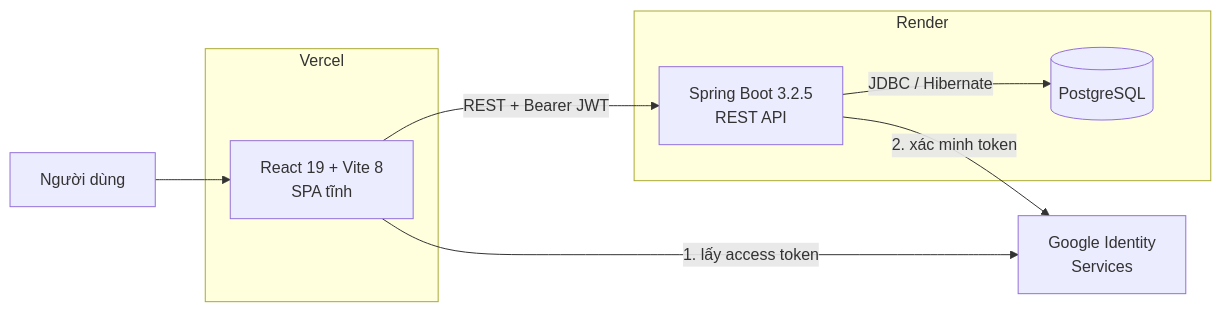
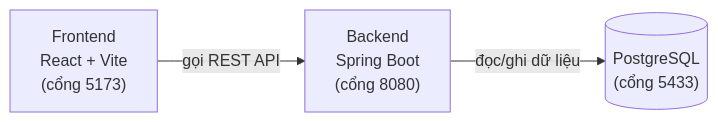
Before and after one commit to hoanggducwsishere/Orchid-WebApplication: the diagram in README.md, drawn with Mermaid. The commit also changed other lines of this file, not shown here.

````diff
--- a/README.md
+++ b/README.md
@@ -40,21 +21,9 @@
 ```mermaid
 flowchart LR
-    U["Người dùng"]
+    FE["Frontend<br/>React + Vite<br/>(cổng 5173)"]
+    BE["Backend<br/>Spring Boot<br/>(cổng 8080)"]
+    DB[("PostgreSQL<br/>(cổng 5433)")]
 
-    subgraph V["Vercel"]
-        FE["React 19 + Vite 8<br/>SPA tĩnh"]
-    end
-
-    subgraph R["Render"]
-        BE["Spring Boot 3.2.5<br/>REST API"]
-        DB[("PostgreSQL")]
-    end
-
-    G["Google Identity<br/>Services"]
-
-    U --> FE
-    FE -->|"REST + Bearer JWT"| BE
-    BE -->|"JDBC / Hibernate"| DB
-    FE -->|"1. lấy access token"| G
-    BE -->|"2. xác minh token"| G
+    FE -->|"gọi REST API"| BE
+    BE -->|"đọc/ghi dữ liệu"| DB
 ```
````
